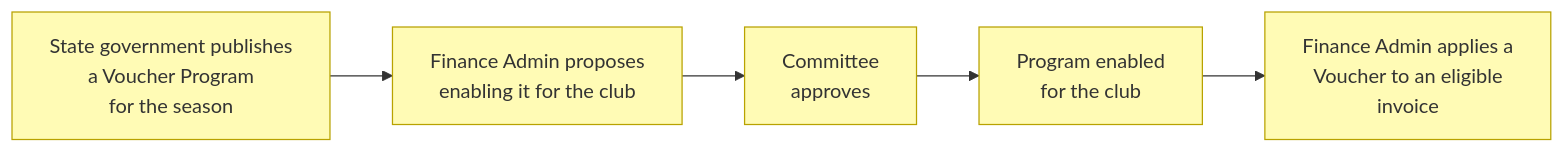
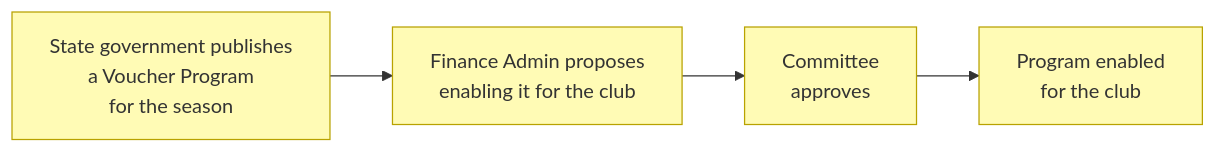
The third of 8 diagrams in docs/ea/2_business/3_business-processes.md (DataME2/ia-architect), drawn with Mermaid before and after one commit. The commit also changed other lines of this file and 10 other files, not shown here.

````diff
--- a/docs/ea/2_business/3_business-processes.md
+++ b/docs/ea/2_business/3_business-processes.md
@@ -53,12 +53,11 @@
 ```mermaid
 flowchart LR
   publish["State government publishes<br>a Voucher Program<br>for the season"]:::business
   propose["Finance Admin proposes<br>enabling it for the club"]:::business
   approve["Committee<br>approves"]:::business
   enabled["Program enabled<br>for the club"]:::business
-  apply["Finance Admin applies a<br>Voucher to an eligible<br>invoice"]:::business
 
-  publish --> propose --> approve --> enabled --> apply
+  publish --> propose --> approve --> enabled
 
   classDef business fill:#fffbb5,stroke:#b8a200,color:#333
 ```
````
